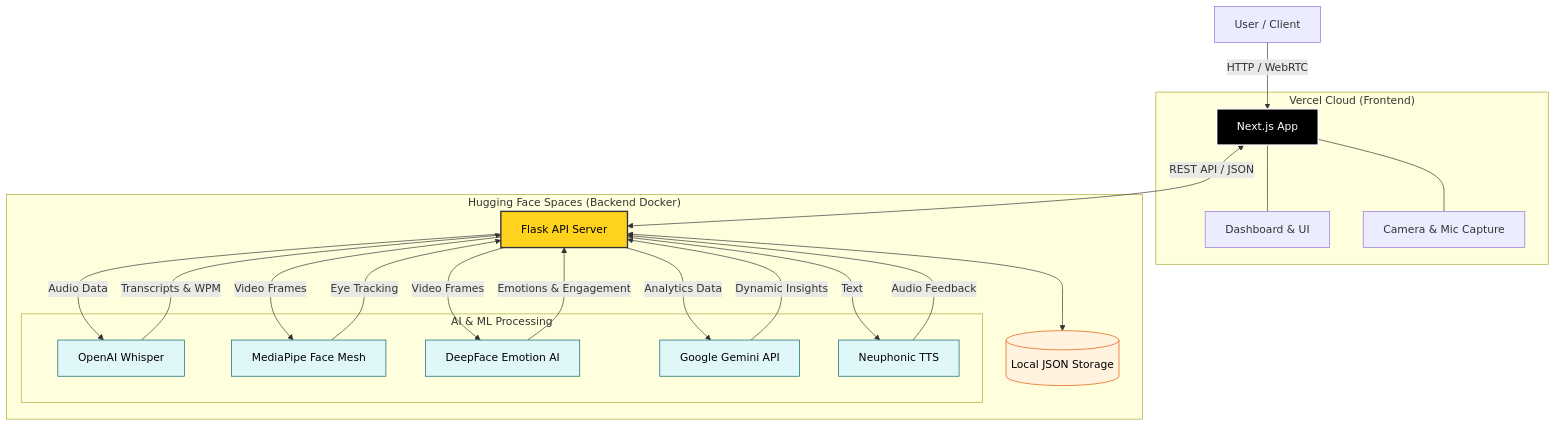
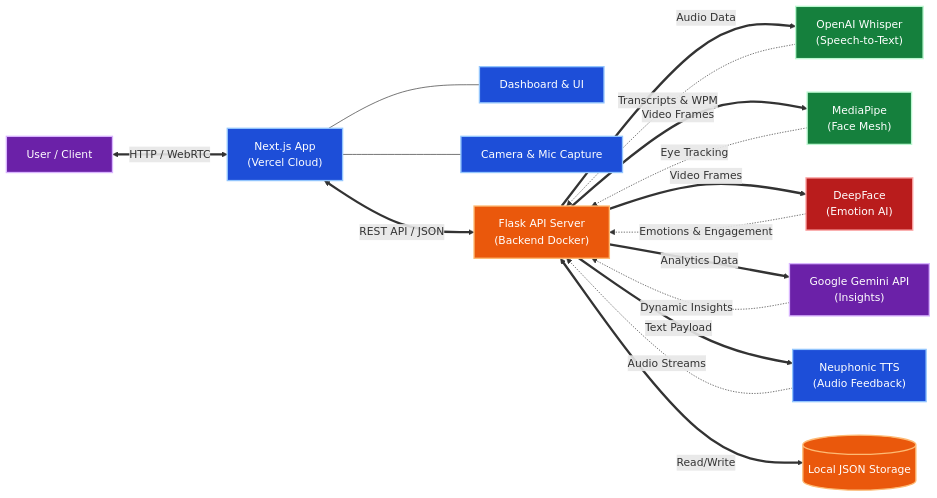
The diagram in README.md (Shreyyy07/Vocalyst-Working-Tree), drawn with Mermaid before and after one commit.

Commit message:
updated architecture diagram

````diff
--- a/README.md
+++ b/README.md
@@ -305,57 +305,55 @@
 ```mermaid
-graph TD
-    %% Main Application Layer
-    User[User / Client] -->|HTTP / WebRTC| VercelFrontend
+flowchart LR
+    %% Colorful Theme Definitions matching the screenshot
+    classDef purple fill:#6b21a8,stroke:#d8b4fe,stroke-width:2px,color:#fff
+    classDef blue fill:#1d4ed8,stroke:#93c5fd,stroke-width:2px,color:#fff
+    classDef orange fill:#ea580c,stroke:#fdba74,stroke-width:2px,color:#fff
+    classDef green fill:#15803d,stroke:#bbf7d0,stroke-width:2px,color:#fff
+    classDef red fill:#b91c1c,stroke:#fca5a5,stroke-width:2px,color:#fff
+
+    %% Nodes
+    User["User / Client"]:::purple
     
-    subgraph "Vercel Cloud (Frontend)"
-        VercelFrontend[Next.js App]
-        UI[Dashboard & UI]
-        Cam[Camera & Mic Capture]
-        VercelFrontend --- UI
-        VercelFrontend --- Cam
-    end
+    %% Frontend
+    VercelFrontend["Next.js App<br/>(Vercel Cloud)"]:::blue
+    UI["Dashboard & UI"]:::blue
+    Cam["Camera & Mic Capture"]:::blue
+
+    %% Backend
+    HFBackend["Flask API Server<br/>(Backend Docker)"]:::orange
+
+    %% AI & ML Services
+    Whisper["OpenAI Whisper<br/>(Speech-to-Text)"]:::green
+    MediaPipe["MediaPipe<br/>(Face Mesh)"]:::green
+    DeepFace["DeepFace<br/>(Emotion AI)"]:::red
+    Gemini["Google Gemini API<br/>(Insights)"]:::purple
+    Neuphonic["Neuphonic TTS<br/>(Audio Feedback)"]:::blue
+
+    %% Storage
+    LocalStorage[("Local JSON Storage")]:::orange
+
+    %% User & Frontend Connections
+    User <==>|"HTTP / WebRTC"| VercelFrontend
+    VercelFrontend --- UI
+    VercelFrontend --- Cam
     
-    %% Communication
-    VercelFrontend <-->|REST API / JSON| HFBackend
+    %% Frontend to Backend
+    VercelFrontend <==>|"REST API / JSON"| HFBackend
     
-    subgraph "Hugging Face Spaces (Backend Docker)"
-        HFBackend[Flask API Server]
-        
-        %% Sub-Modules
-        subgraph "AI & ML Processing"
-            Whisper[OpenAI Whisper]
-            MediaPipe[MediaPipe Face Mesh]
-            DeepFace[DeepFace Emotion AI]
-            Gemini[Google Gemini API]
-            Neuphonic[Neuphonic TTS]
-        end
-        
-        %% Connections
-        HFBackend -->|Audio Data| Whisper
-        HFBackend -->|Video Frames| MediaPipe
-        HFBackend -->|Video Frames| DeepFace
-        HFBackend -->|Analytics Data| Gemini
-        HFBackend -->|Text| Neuphonic
-        
-        %% Output flow
-        Whisper -->|Transcripts & WPM| HFBackend
-        MediaPipe -->|Eye Tracking| HFBackend
-        DeepFace -->|Emotions & Engagement| HFBackend
-        Gemini -->|Dynamic Insights| HFBackend
-        Neuphonic -->|Audio Feedback| HFBackend
-        
-        %% Storage
-        LocalStorage[(Local JSON Storage)]
-        HFBackend <--> LocalStorage
-    end
-
-    classDef frontend fill:#000,stroke:#fff,stroke-width:2px,color:#fff;
-    classDef backend fill:#ffd21e,stroke:#333,stroke-width:2px,color:#000;
-    classDef ml fill:#e0f7fa,stroke:#006064,stroke-width:1px,color:#000;
-    classDef storage fill:#fff3e0,stroke:#e65100,stroke-width:1px,color:#000;
-
-    class VercelFrontend frontend;
-    class HFBackend backend;
-    class Whisper,MediaPipe,DeepFace,Gemini,Neuphonic ml;
-    class LocalStorage storage;
+    %% Backend to AI Models (Inputs)
+    HFBackend ==>|"Audio Data"| Whisper
+    HFBackend ==>|"Video Frames"| MediaPipe
+    HFBackend ==>|"Video Frames"| DeepFace
+    HFBackend ==>|"Analytics Data"| Gemini
+    HFBackend ==>|"Text Payload"| Neuphonic
+    
+    %% AI Models to Backend (Outputs)
+    Whisper -.->|"Transcripts & WPM"| HFBackend
+    MediaPipe -.->|"Eye Tracking"| HFBackend
+    DeepFace -.->|"Emotions & Engagement"| HFBackend
+    Gemini -.->|"Dynamic Insights"| HFBackend
+    Neuphonic -.->|"Audio Streams"| HFBackend
+    
+    %% Storage Flow
+    HFBackend <==>|"Read/Write"| LocalStorage
 ```
````
